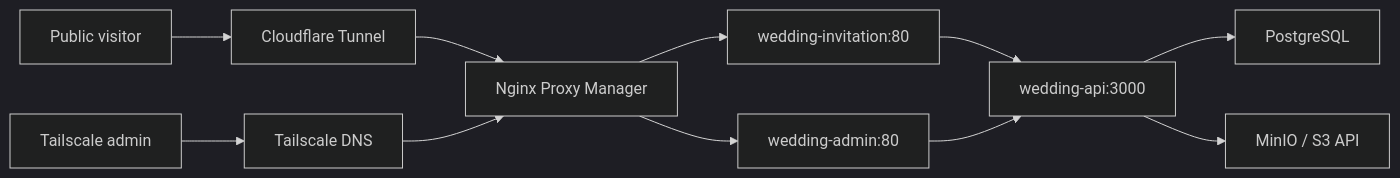
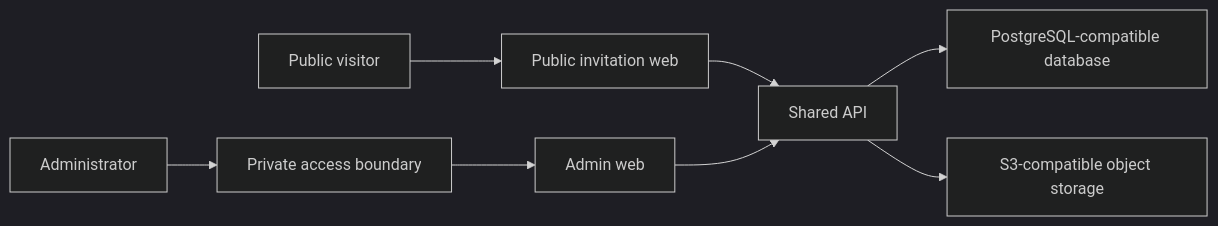
One commit to GirinMan/wedding-letter-codex changed the diagram in docs/architecture.md. Above: the diagram before and after it, drawn with Mermaid (dark theme). The commit also changed other lines of this file and 4 other files, not shown here.

````diff
--- a/docs/architecture.md
+++ b/docs/architecture.md
@@ -16,13 +16,10 @@
 ```mermaid
 flowchart LR
-  Visitor["Public visitor"] --> CF["Cloudflare Tunnel"]
-  CF --> NPM["Nginx Proxy Manager"]
-  TailUser["Tailscale admin"] --> TailDNS["Tailscale DNS"]
-  TailDNS --> NPM
-  NPM --> Public["wedding-invitation:80"]
-  NPM --> Admin["wedding-admin:80"]
-  Public --> API["wedding-api:3000"]
+  Visitor["Public visitor"] --> Public["Public invitation web"]
+  Administrator["Administrator"] --> Boundary["Private access boundary"]
+  Boundary --> Admin["Admin web"]
+  Public --> API["Shared API"]
   Admin --> API
-  API --> PG["PostgreSQL"]
-  API --> MinIO["MinIO / S3 API"]
+  API --> PG["PostgreSQL-compatible database"]
+  API --> Store["S3-compatible object storage"]
 ```
````
